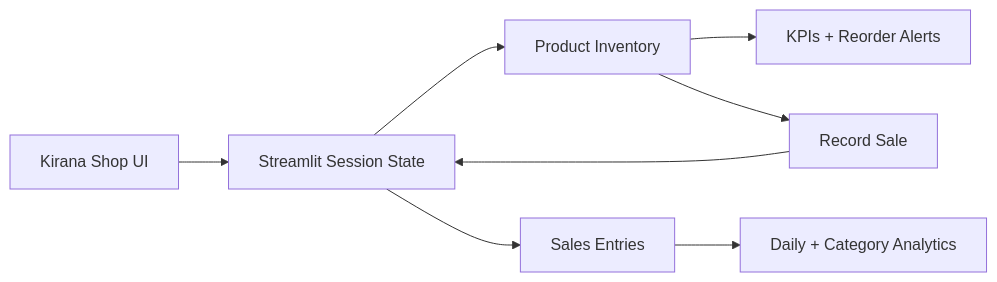
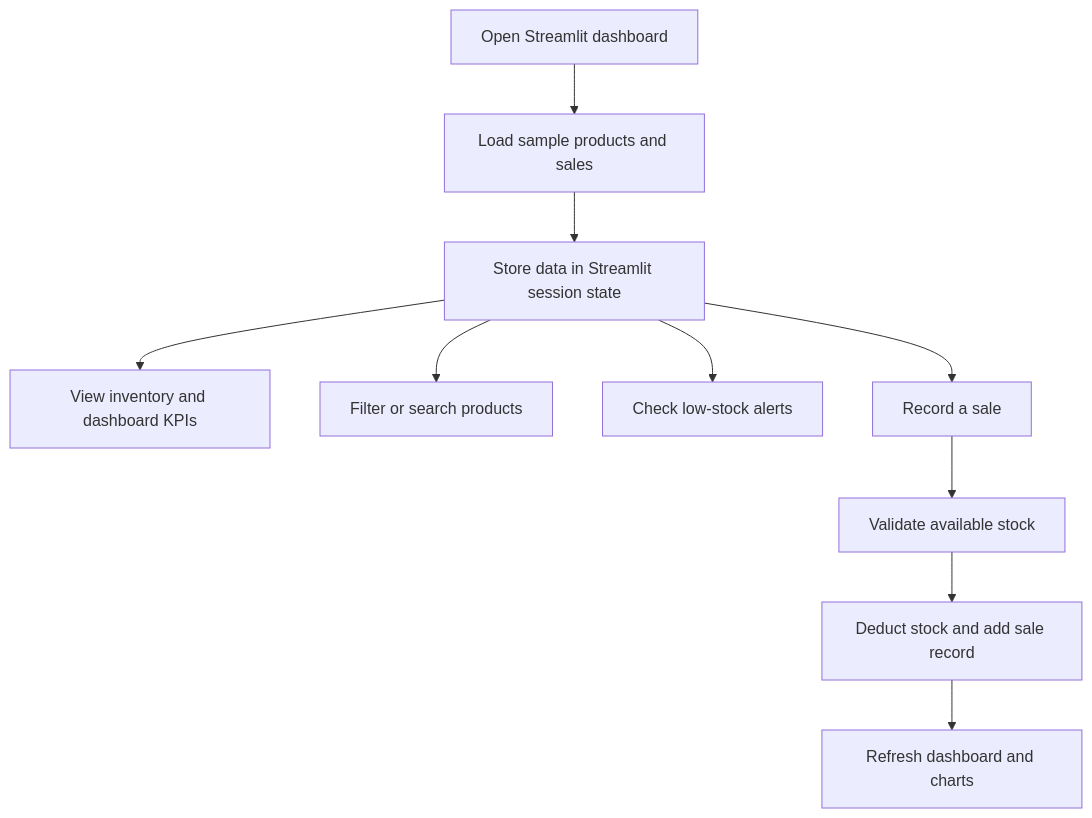
The first of 2 diagrams in README.md (ankitha768/smart-store-inventory-analytics), drawn with Mermaid before and after one commit. The commit also changed other lines of this file, not shown here.

````diff
--- a/README.md
+++ b/README.md
@@ -68,10 +73,12 @@
 ```mermaid
-flowchart LR
-A[Kirana Shop UI] --> B[Streamlit Session State]
-B --> C[Product Inventory]
-B --> D[Sales Entries]
-C --> E[KPIs + Reorder Alerts]
-D --> F[Daily + Category Analytics]
-C --> G[Record Sale]
-G --> B
+flowchart TD
+    A[Open Streamlit dashboard] --> B[Load sample products and sales]
+    B --> C[Store data in Streamlit session state]
+    C --> D[View inventory and dashboard KPIs]
+    C --> E[Filter or search products]
+    C --> F[Check low-stock alerts]
+    C --> G[Record a sale]
+    G --> H[Validate available stock]
+    H --> I[Deduct stock and add sale record]
+    I --> J[Refresh dashboard and charts]
 ```
````
